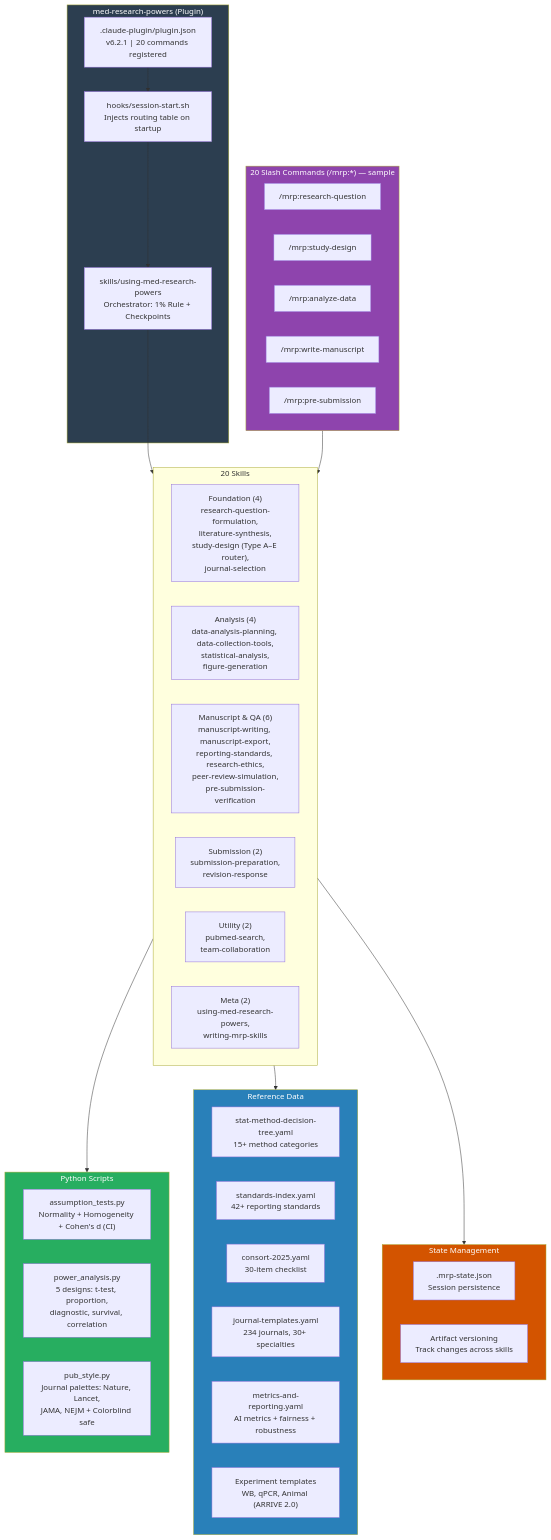
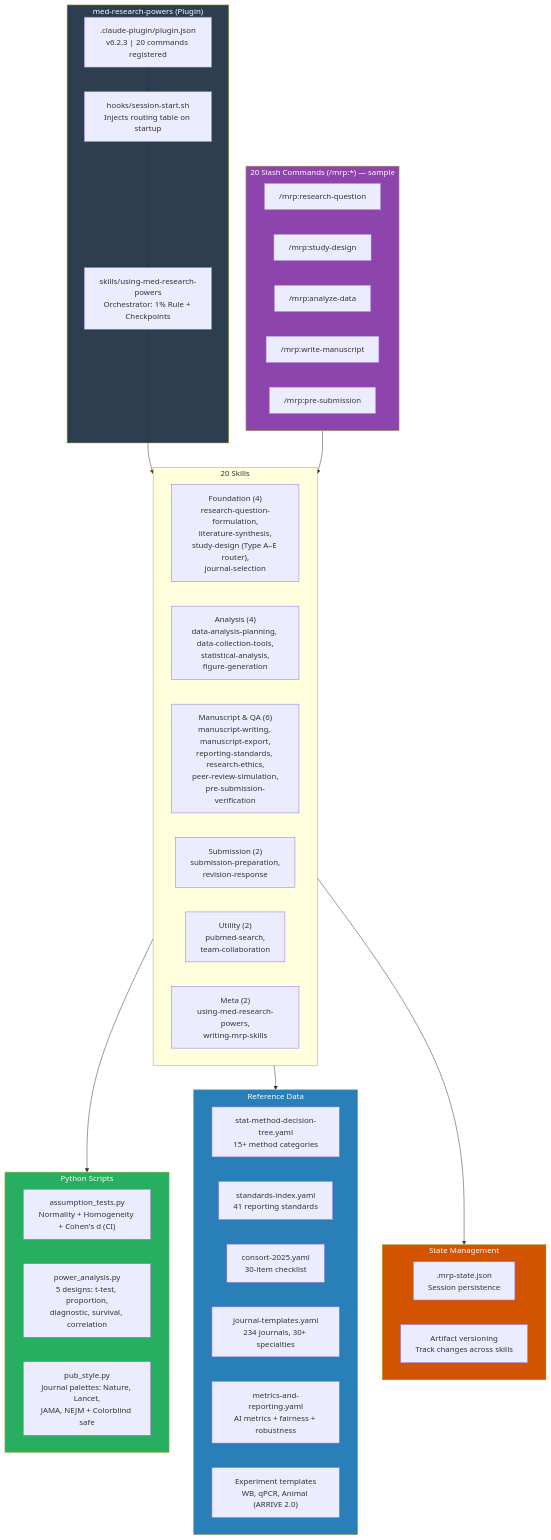
The seventh of 8 diagrams in docs/architecture.md (Stefansong/med-research-powers), drawn with Mermaid before and after one commit. The commit also changed other lines of this file and 16 other files, not shown here.

````diff
--- a/docs/architecture.md
+++ b/docs/architecture.md
@@ -254,59 +254,59 @@
 ```mermaid
 flowchart TD
     subgraph PLUGIN["med-research-powers (Plugin)"]
-        PJ[".claude-plugin/plugin.json<br/>v6.2.1 | 20 commands registered"]
+        PJ[".claude-plugin/plugin.json<br/>v6.2.3 | 20 commands registered"]
         HOOK["hooks/session-start.sh<br/>Injects routing table on startup"]
         META["skills/using-med-research-powers<br/>Orchestrator: 1% Rule + Checkpoints"]
     end
 
     subgraph COMMANDS["20 Slash Commands (/mrp:*) — sample"]
         CMD1["/mrp:research-question"]
         CMD2["/mrp:study-design"]
         CMD3["/mrp:analyze-data"]
         CMD4["/mrp:write-manuscript"]
         CMD5["/mrp:pre-submission"]
     end
 
     subgraph SKILLS["20 Skills"]
         SK_F["Foundation (4)<br/>research-question-formulation,<br/>literature-synthesis,<br/>study-design (Type A–E router),<br/>journal-selection"]
         SK_A["Analysis (4)<br/>data-analysis-planning, data-collection-tools,<br/>statistical-analysis,<br/>figure-generation"]
         SK_M["Manuscript & QA (6)<br/>manuscript-writing, manuscript-export,<br/>reporting-standards, research-ethics,<br/>peer-review-simulation,<br/>pre-submission-verification"]
         SK_S["Submission (2)<br/>submission-preparation,<br/>revision-response"]
         SK_U["Utility (2)<br/>pubmed-search,<br/>team-collaboration"]
         SK_X["Meta (2)<br/>using-med-research-powers,<br/>writing-mrp-skills"]
     end
 
     subgraph SCRIPTS["Python Scripts"]
         PY1["assumption_tests.py<br/>Normality + Homogeneity + Cohen's d (CI)"]
         PY2["power_analysis.py<br/>5 designs: t-test, proportion,<br/>diagnostic, survival, correlation"]
         PY3["pub_style.py<br/>Journal palettes: Nature, Lancet,<br/>JAMA, NEJM + Colorblind safe"]
     end
 
     subgraph REFS["Reference Data"]
         R1["stat-method-decision-tree.yaml<br/>15+ method categories"]
-        R2["standards-index.yaml<br/>42+ reporting standards"]
+        R2["standards-index.yaml<br/>41 reporting standards"]
         R3["consort-2025.yaml<br/>30-item checklist"]
         R4["journal-templates.yaml<br/>234 journals, 30+ specialties"]
         R5["metrics-and-reporting.yaml<br/>AI metrics + fairness + robustness"]
         R6["Experiment templates<br/>WB, qPCR, Animal (ARRIVE 2.0)"]
     end
 
     subgraph STATE["State Management"]
         ST1[".mrp-state.json<br/>Session persistence"]
         ST2["Artifact versioning<br/>Track changes across skills"]
     end
 
     PJ --> HOOK
     HOOK --> META
     META --> SKILLS
     COMMANDS --> SKILLS
     SKILLS --> SCRIPTS
     SKILLS --> REFS
     SKILLS --> STATE
 
     style PLUGIN fill:#2c3e50,color:#fff
     style COMMANDS fill:#8e44ad,color:#fff
     style SCRIPTS fill:#27ae60,color:#fff
     style REFS fill:#2980b9,color:#fff
     style STATE fill:#d35400,color:#fff
 ```
````
